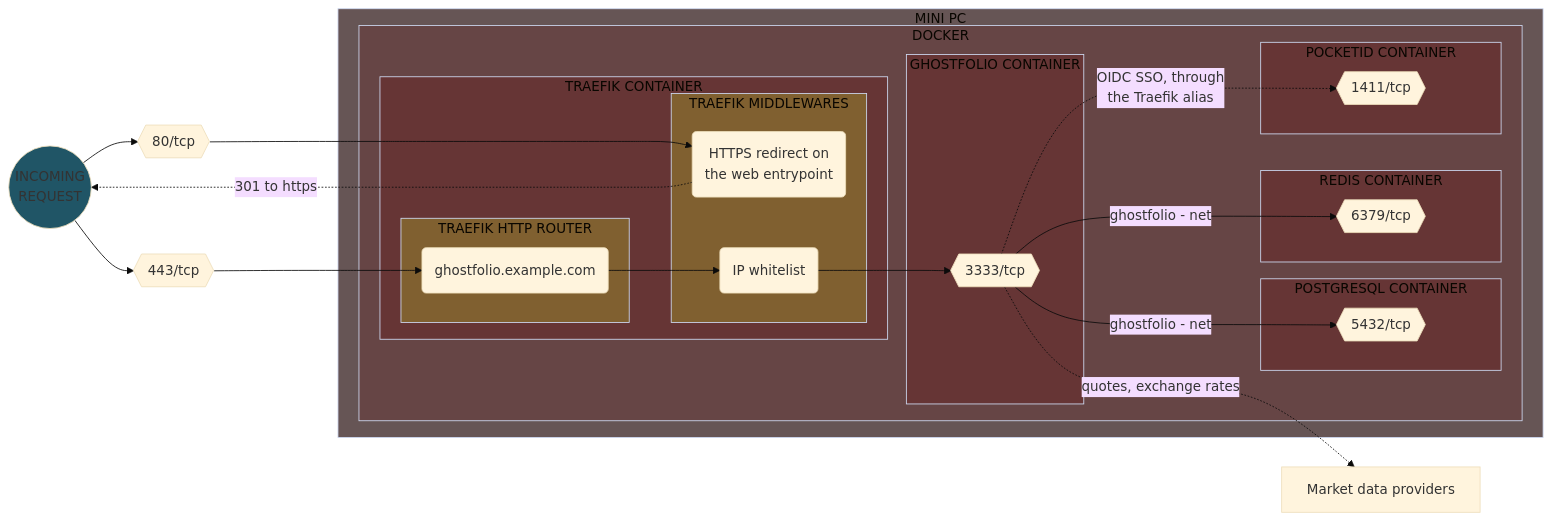
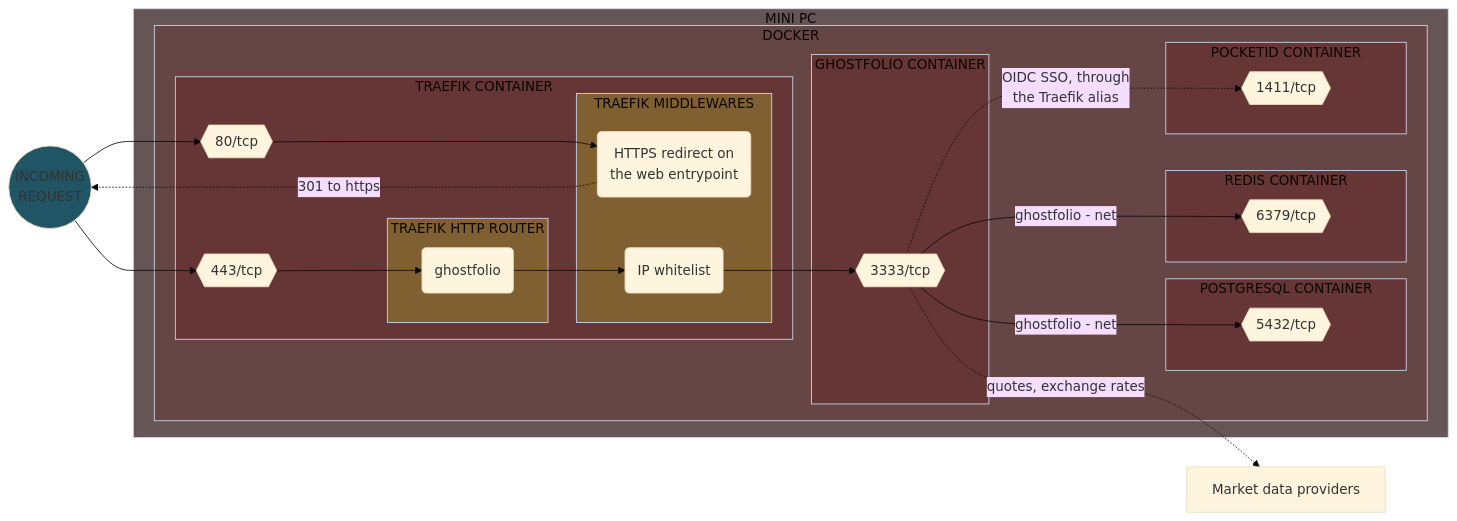
One commit to Yann39/self-hosted-n100 changed diagram 24 of 31 in README.md. Above: the diagram before and after it, drawn with Mermaid (base theme). The commit also changed other lines of this file and 1 other file, not shown here.

Commit message:
fixed ccteam network name * fixed diagrams in readme

````diff
--- a/README.md
+++ b/README.md
@@ -6290,68 +6323,71 @@
 ```mermaid
 flowchart LR
     style INCOMING_REQUEST fill: #205566
     style TRAEFIK_CONTAINER fill: #663535
     style APP_CONTAINER fill: #663535
     style DB_CONTAINER fill: #663535
     style REDIS_CONTAINER fill: #663535
     style POCKETID_CONTAINER fill: #663535
     style TRAEFIK_ROUTER fill: #806030
     style TRAEFIK_MIDDLEWARE fill: #806030
     style SERVER_DEVICE fill: #665555
     style CONTAINER_ENGINE fill: #664545
     DOCKER_TRAEFIK_PORT443{{443/tcp}}
     DOCKER_TRAEFIK_PORT80{{80/tcp}}
     DOCKER_APP_PORT{{3333/tcp}}
     DOCKER_DB_PORT{{5432/tcp}}
     DOCKER_REDIS_PORT{{6379/tcp}}
     DOCKER_POCKETID_PORT{{1411/tcp}}
-    TRAEFIK_ROUTER_APP(ghostfolio.example.com)
+    TRAEFIK_ROUTER_APP(ghostfolio)
     TRAEFIK_MIDDLEWARE_REDIRECT(HTTPS redirect on<br>the web entrypoint)
     TRAEFIK_MIDDLEWARE_IP_WHITELIST(IP whitelist)
     MARKET_DATA[Market data providers]
     INCOMING_REQUEST((INCOMING\nREQUEST))
 
     subgraph SERVER_DEVICE[MINI PC]
         subgraph CONTAINER_ENGINE[DOCKER]
             subgraph TRAEFIK_CONTAINER[TRAEFIK CONTAINER]
+                DOCKER_TRAEFIK_PORT443
+                DOCKER_TRAEFIK_PORT80
+                
                 subgraph TRAEFIK_ROUTER[TRAEFIK HTTP ROUTER]
                     TRAEFIK_ROUTER_APP
                 end
 
                 subgraph TRAEFIK_MIDDLEWARE[TRAEFIK MIDDLEWARES]
                     TRAEFIK_MIDDLEWARE_REDIRECT
                     TRAEFIK_MIDDLEWARE_IP_WHITELIST
                 end
 
             end
 
             subgraph APP_CONTAINER[GHOSTFOLIO CONTAINER]
                 DOCKER_APP_PORT
             end
 
             subgraph DB_CONTAINER[POSTGRESQL CONTAINER]
                 DOCKER_DB_PORT
             end
 
             subgraph REDIS_CONTAINER[REDIS CONTAINER]
                 DOCKER_REDIS_PORT
             end
 
             subgraph POCKETID_CONTAINER[POCKETID CONTAINER]
                 DOCKER_POCKETID_PORT
             end
         end
     end
 
     INCOMING_REQUEST --> DOCKER_TRAEFIK_PORT443
     INCOMING_REQUEST --> DOCKER_TRAEFIK_PORT80
     DOCKER_TRAEFIK_PORT80 ---> TRAEFIK_MIDDLEWARE_REDIRECT
     TRAEFIK_MIDDLEWARE_REDIRECT -.->|301 to https| INCOMING_REQUEST
     DOCKER_TRAEFIK_PORT443 --> TRAEFIK_ROUTER_APP
     TRAEFIK_ROUTER_APP --> TRAEFIK_MIDDLEWARE_IP_WHITELIST
     TRAEFIK_MIDDLEWARE_IP_WHITELIST --> DOCKER_APP_PORT
     DOCKER_APP_PORT -->|ghostfolio - net| DOCKER_DB_PORT
     DOCKER_APP_PORT -->|ghostfolio - net| DOCKER_REDIS_PORT
     DOCKER_APP_PORT -.->|OIDC SSO, through<br>the Traefik alias| DOCKER_POCKETID_PORT
     DOCKER_APP_PORT -.->|quotes, exchange rates| MARKET_DATA
 ```
````
